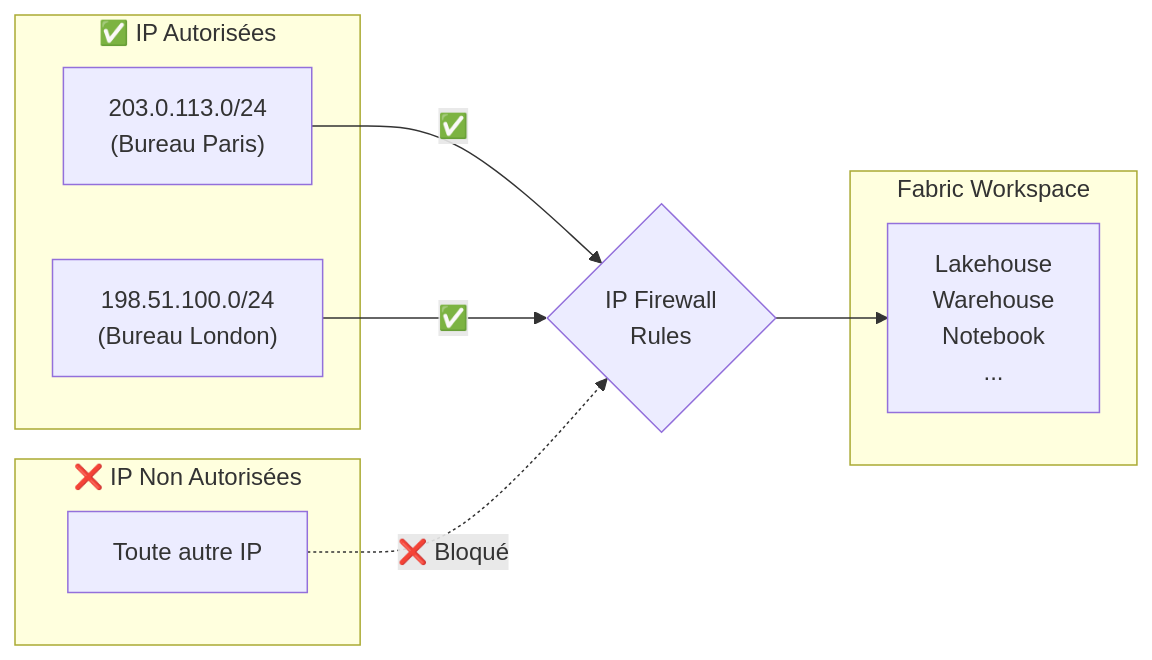
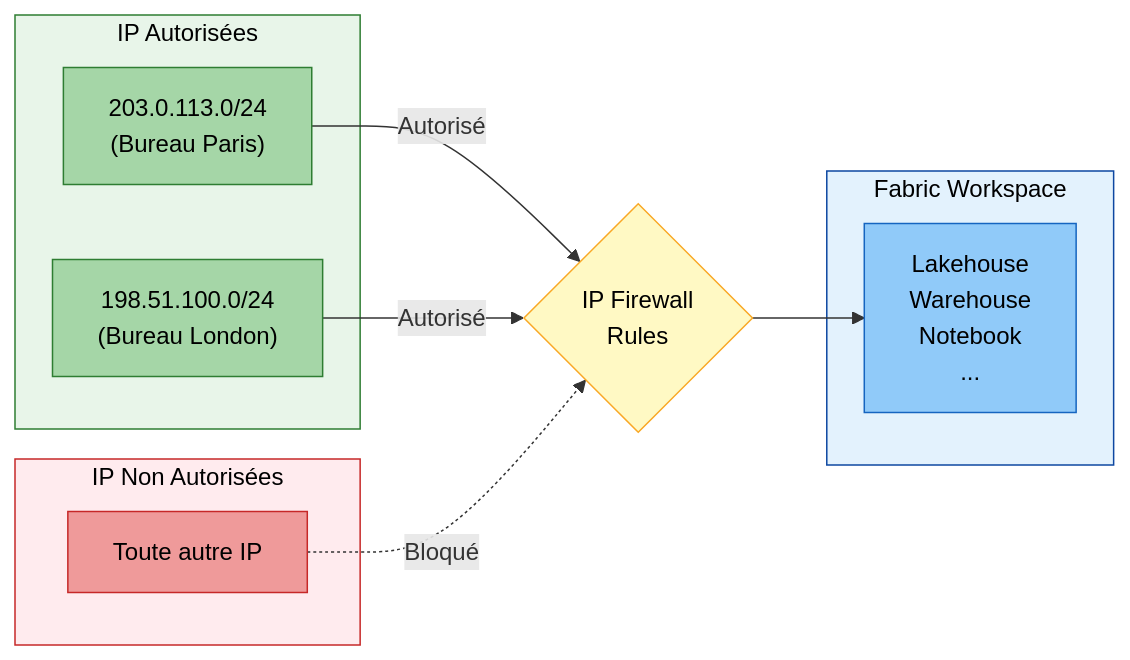
One commit to fredgis/fabric-foundry-kb changed the sixth of 12 diagrams in Fabric_Network_Security.md. Above: the diagram before and after it, drawn with Mermaid. The commit also changed other lines of this file and 1 other file, not shown here.

First line of the commit message:
Add colors to all 12 Mermaid diagrams in Fabric Network Security

````diff
--- a/Fabric_Network_Security.md
+++ b/Fabric_Network_Security.md
@@ -259,21 +317,30 @@
 ```mermaid
 flowchart LR
-    subgraph Allowed["✅ IP Autorisées"]
+    subgraph Allowed["IP Autorisées"]
         IP1["203.0.113.0/24\n(Bureau Paris)"]
         IP2["198.51.100.0/24\n(Bureau London)"]
     end
 
-    subgraph Blocked["❌ IP Non Autorisées"]
+    subgraph Blocked["IP Non Autorisées"]
         IP3["Toute autre IP"]
     end
 
     FW{"IP Firewall\nRules"}
 
     subgraph Fabric["Fabric Workspace"]
         Items["Lakehouse\nWarehouse\nNotebook\n..."]
     end
 
-    IP1 -->|✅| FW --> Items
-    IP2 -->|✅| FW
-    IP3 -.->|❌ Bloqué| FW
+    IP1 -->|Autorisé| FW --> Items
+    IP2 -->|Autorisé| FW
+    IP3 -.->|Bloqué| FW
+
+    style Allowed fill:#e8f5e9,stroke:#2e7d32,color:#000
+    style Blocked fill:#ffebee,stroke:#c62828,color:#000
+    style Fabric fill:#e3f2fd,stroke:#0d47a1,color:#000
+    style FW fill:#fff9c4,stroke:#f9a825,color:#000
+    style IP1 fill:#a5d6a7,stroke:#2e7d32,color:#000
+    style IP2 fill:#a5d6a7,stroke:#2e7d32,color:#000
+    style IP3 fill:#ef9a9a,stroke:#c62828,color:#000
+    style Items fill:#90caf9,stroke:#1565c0,color:#000
 ```
````
